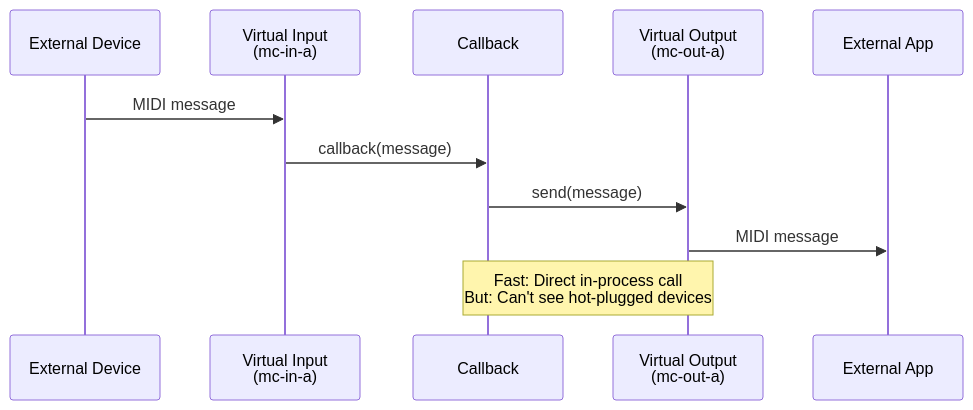
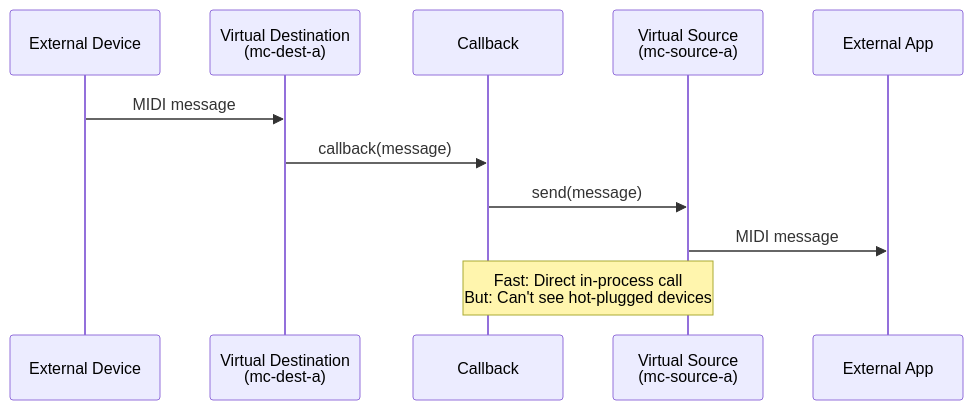
The second of 11 diagrams in docs/architecture.md (odaacabeef/midi-cable), drawn with Mermaid before and after one commit. The commit also changed other lines of this file and 1 other file, not shown here.

First line of the commit message:
Rename virtual ports

````diff
--- a/docs/architecture.md
+++ b/docs/architecture.md
@@ -85,15 +88,15 @@
 ```mermaid
 sequenceDiagram
     participant Ext as External Device
-    participant VIn as Virtual Input<br/>(mc-in-a)
+    participant VIn as Virtual Destination<br/>(mc-dest-a)
     participant CB as Callback
-    participant VOut as Virtual Output<br/>(mc-out-a)
+    participant VOut as Virtual Source<br/>(mc-source-a)
     participant App as External App
 
     Ext->>VIn: MIDI message
     VIn->>CB: callback(message)
     CB->>VOut: send(message)
     VOut->>App: MIDI message
 
     Note over CB,VOut: Fast: Direct in-process call<br/>But: Can't see hot-plugged devices
 ```
````
